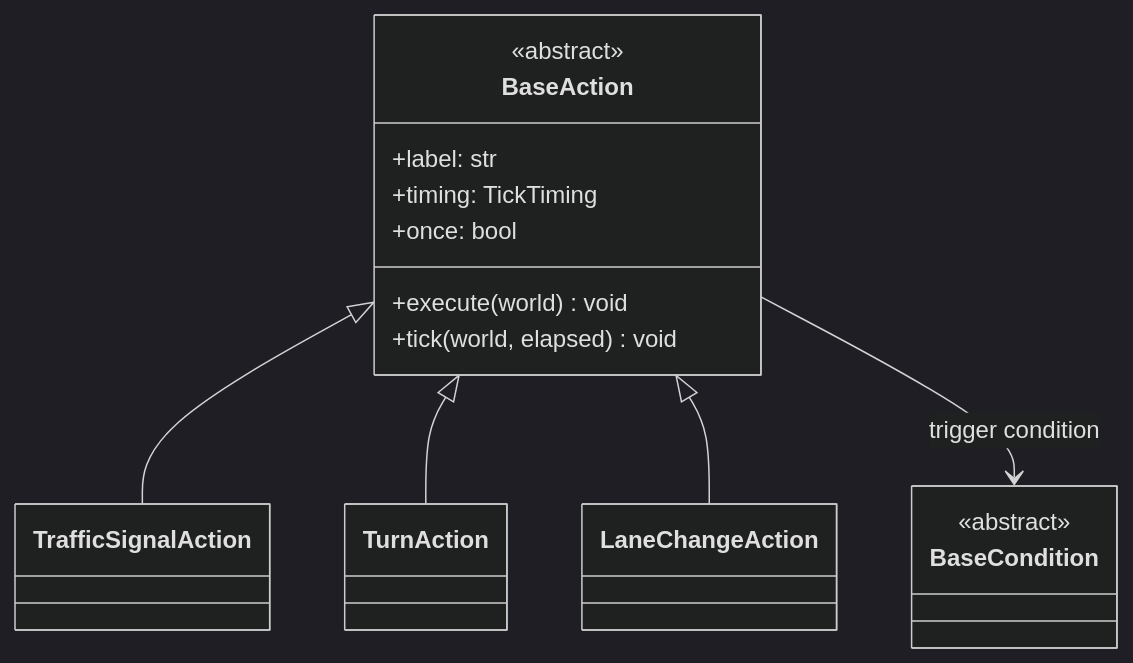
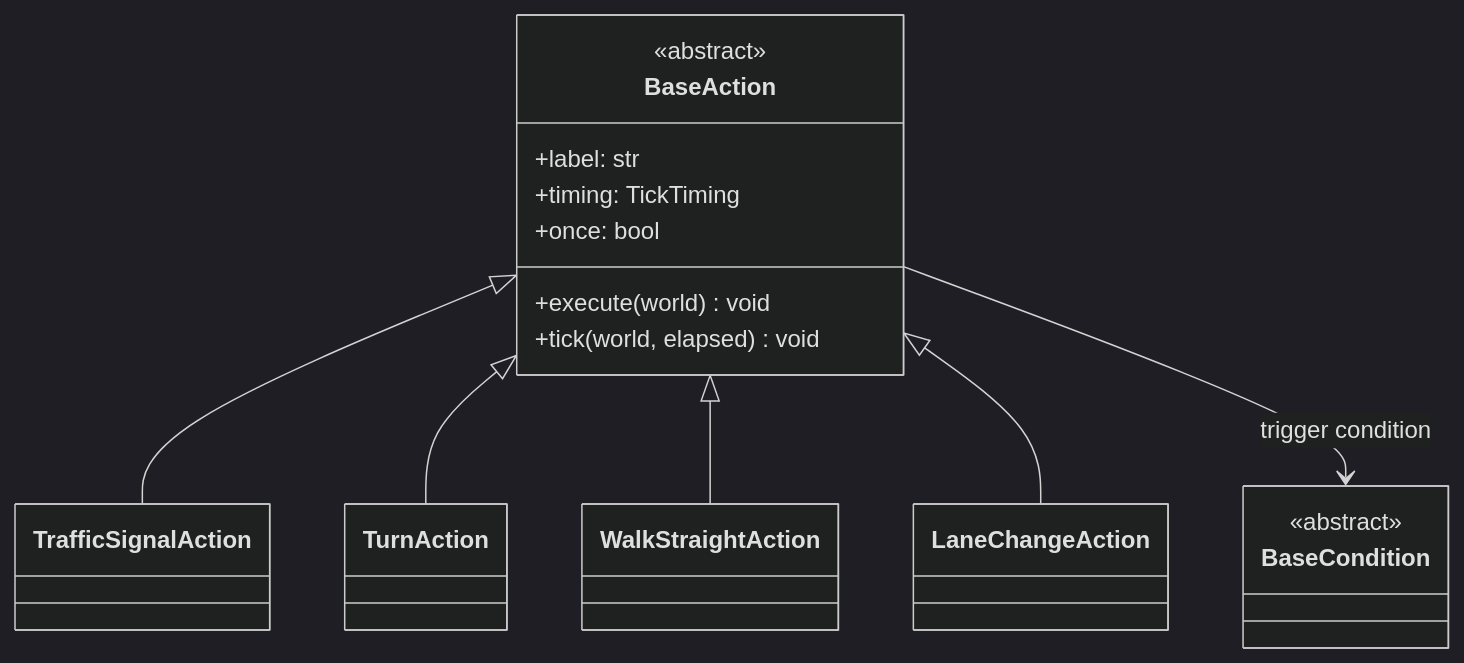
Before and after one commit to autowarefoundation/autoware_carla_scenario: the seventh of 14 diagrams in autoware_carla_scenario/docs/architecture.md, drawn with Mermaid (dark theme). The commit also changed 17 other files, not shown here.

First line of the commit message:
feat(carla-scenario): add a pedestrian entity kind and a walk action

````diff
--- a/autoware_carla_scenario/docs/architecture.md
+++ b/autoware_carla_scenario/docs/architecture.md
@@ -378,24 +378,26 @@
 ```mermaid
 classDiagram
     class BaseAction {
         <<abstract>>
         +label: str
         +timing: TickTiming
         +once: bool
         +execute(world) void
         +tick(world, elapsed) void
     }
 
     class BaseCondition {
         <<abstract>>
     }
 
     class TrafficSignalAction
     class TurnAction
+    class WalkStraightAction
     class LaneChangeAction
 
     BaseAction <|-- TrafficSignalAction
     BaseAction <|-- TurnAction
+    BaseAction <|-- WalkStraightAction
     BaseAction <|-- LaneChangeAction
     BaseAction --> BaseCondition : trigger condition
 ```
````
